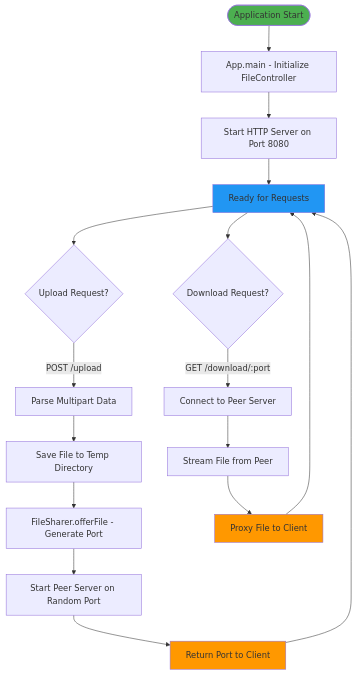
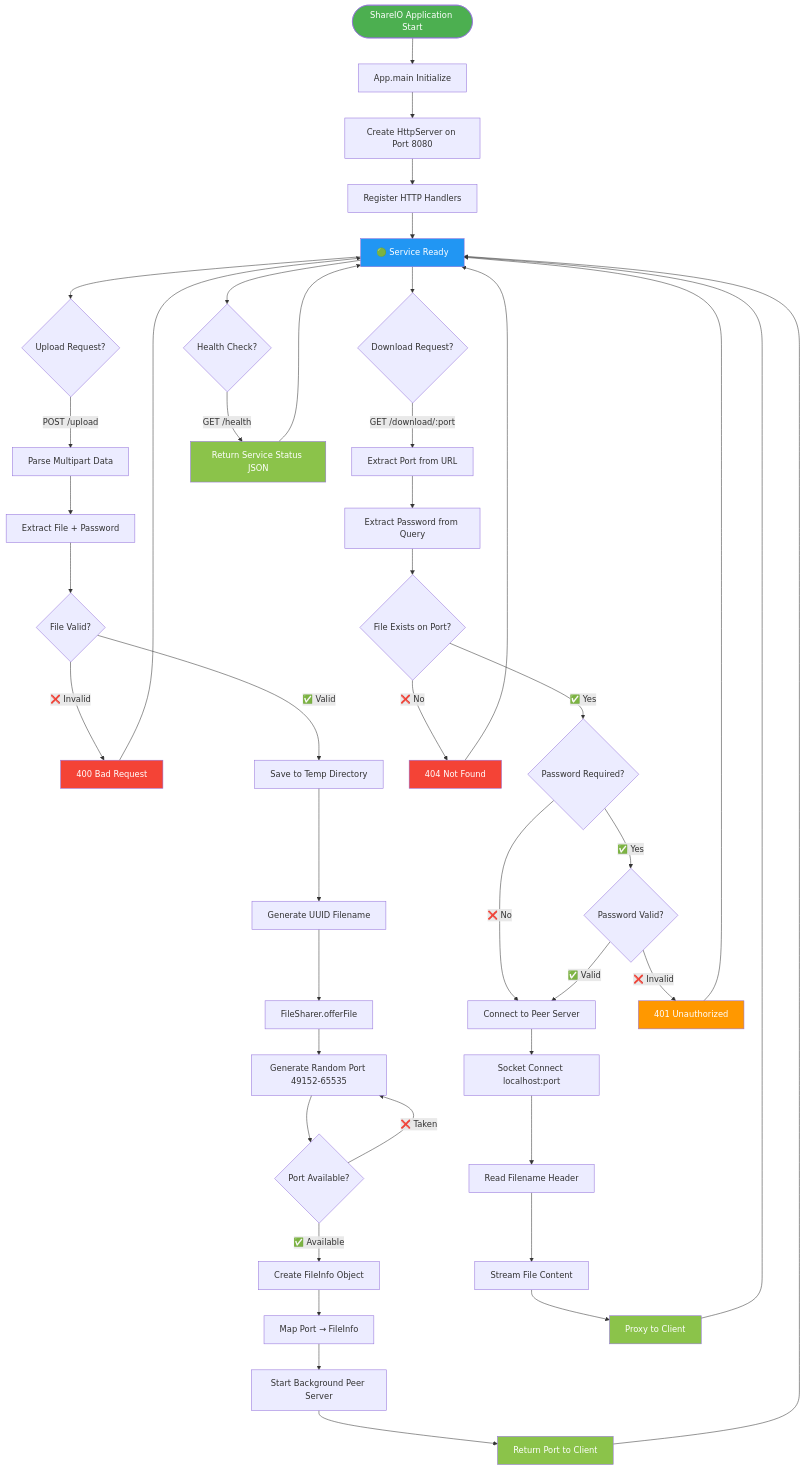
One commit to harsh3dev/shareio changed the third of 5 diagrams in share-service/system-flow-diagram.md. Above: the diagram before and after it, drawn with Mermaid. The commit also changed other lines of this file and 1 other file, not shown here.

````diff
--- a/share-service/system-flow-diagram.md
+++ b/share-service/system-flow-diagram.md
@@ -118,26 +190,70 @@
 ```mermaid
 flowchart TD
-    START([Application Start]) --> INIT[App.main - Initialize FileController]
-    INIT --> SERVER[Start HTTP Server on Port 8080]
-    SERVER --> READY[Ready for Requests]
+    START([ShareIO Application Start]) --> INIT[App.main Initialize]
+    INIT --> SERVER[Create HttpServer on Port 8080]
+    SERVER --> HANDLERS[Register HTTP Handlers]
+    HANDLERS --> READY[🟢 Service Ready]
     
-    READY --> UPLOAD{Upload Request?}
-    READY --> DOWNLOAD{Download Request?}
+    READY --> UPLOAD_REQ{Upload Request?}
+    READY --> DOWNLOAD_REQ{Download Request?}
+    READY --> HEALTH_REQ{Health Check?}
     
-    UPLOAD -->|POST /upload| PARSE[Parse Multipart Data]
-    PARSE --> SAVE[Save File to Temp Directory]
-    SAVE --> OFFER[FileSharer.offerFile - Generate Port]
-    OFFER --> PSERVER[Start Peer Server on Random Port]
-    PSERVER --> RESPONSE[Return Port to Client]
-    RESPONSE --> READY
+    %% Upload Flow
+    UPLOAD_REQ -->|POST /upload| PARSE_MP[Parse Multipart Data]
+    PARSE_MP --> EXTRACT[Extract File + Password]
+    EXTRACT --> VALIDATE_FILE{File Valid?}
     
-    DOWNLOAD -->|GET /download/:port| CONNECT[Connect to Peer Server]
-    CONNECT --> STREAM[Stream File from Peer]
-    STREAM --> PROXY[Proxy File to Client]
-    PROXY --> READY
+    VALIDATE_FILE -->|❌ Invalid| ERROR_RESP[400 Bad Request]
+    VALIDATE_FILE -->|✅ Valid| SAVE_FILE[Save to Temp Directory]
     
-    style START fill:#4caf50
-    style READY fill:#2196f3
-    style RESPONSE fill:#ff9800
-    style PROXY fill:#ff9800
+    SAVE_FILE --> GEN_UUID[Generate UUID Filename]
+    GEN_UUID --> OFFER_FILE[FileSharer.offerFile]
+    OFFER_FILE --> GEN_PORT[Generate Random Port 49152-65535]
+    GEN_PORT --> CHECK_PORT{Port Available?}
+    
+    CHECK_PORT -->|❌ Taken| GEN_PORT
+    CHECK_PORT -->|✅ Available| CREATE_INFO[Create FileInfo Object]
+    CREATE_INFO --> MAP_PORT[Map Port → FileInfo]
+    MAP_PORT --> START_SERVER[Start Background Peer Server]
+    START_SERVER --> RETURN_PORT[Return Port to Client]
+    RETURN_PORT --> READY
+    
+    %% Download Flow
+    DOWNLOAD_REQ -->|GET /download/:port| EXTRACT_PORT[Extract Port from URL]
+    EXTRACT_PORT --> EXTRACT_PASS[Extract Password from Query]
+    EXTRACT_PASS --> CHECK_EXISTS{File Exists on Port?}
+    
+    CHECK_EXISTS -->|❌ No| NOT_FOUND[404 Not Found]
+    CHECK_EXISTS -->|✅ Yes| CHECK_PASS{Password Required?}
+    
+    CHECK_PASS -->|✅ Yes| VALIDATE_PASS{Password Valid?}
+    CHECK_PASS -->|❌ No| CONNECT_PEER[Connect to Peer Server]
+    
+    VALIDATE_PASS -->|❌ Invalid| UNAUTHORIZED[401 Unauthorized]
+    VALIDATE_PASS -->|✅ Valid| CONNECT_PEER
+    
+    CONNECT_PEER --> SOCKET_CONN[Socket Connect localhost:port]
+    SOCKET_CONN --> READ_HEADER[Read Filename Header]
+    READ_HEADER --> STREAM_FILE[Stream File Content]
+    STREAM_FILE --> PROXY_CLIENT[Proxy to Client]
+    PROXY_CLIENT --> READY
+    
+    %% Health Check Flow
+    HEALTH_REQ -->|GET /health| HEALTH_RESP[Return Service Status JSON]
+    HEALTH_RESP --> READY
+    
+    %% Error Flows
+    ERROR_RESP --> READY
+    NOT_FOUND --> READY
+    UNAUTHORIZED --> READY
+    
+    %% Styling
+    style START fill:#4caf50,color:#fff
+    style READY fill:#2196f3,color:#fff
+    style ERROR_RESP fill:#f44336,color:#fff
+    style NOT_FOUND fill:#f44336,color:#fff
+    style UNAUTHORIZED fill:#ff9800,color:#fff
+    style RETURN_PORT fill:#8bc34a,color:#fff
+    style PROXY_CLIENT fill:#8bc34a,color:#fff
+    style HEALTH_RESP fill:#8bc34a,color:#fff
 ```
````
